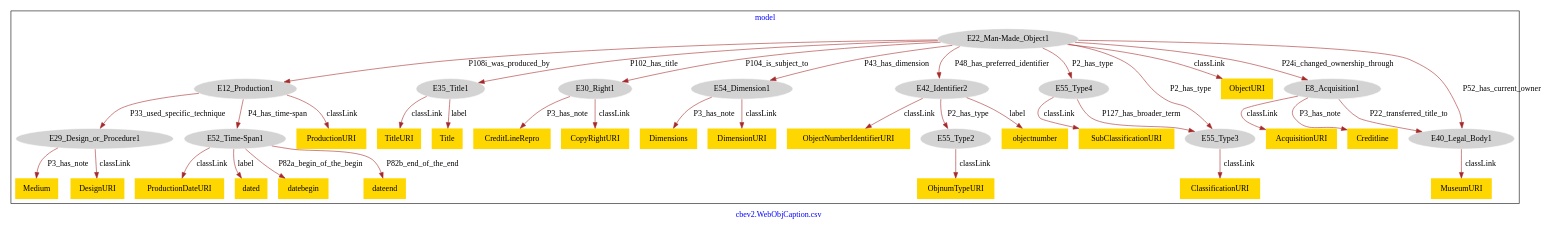
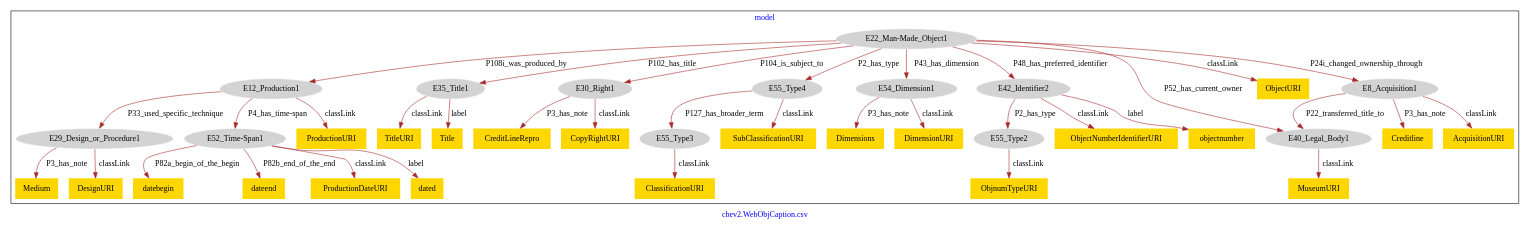
Before and after one commit to usc-isi-i2/saam-lod: the diagram in models-graphviz/cbev2.WebObjCaption.csv.model.dot, drawn with Graphviz. The commit also changed 150 other files, not shown here.

```diff
--- a/models-graphviz/cbev2.WebObjCaption.csv.model.dot
+++ b/models-graphviz/cbev2.WebObjCaption.csv.model.dot
@@ -1,79 +1,78 @@
 digraph n0 {
 fontcolor="blue"
 remincross="true"
 label="cbev2.WebObjCaption.csv"
 subgraph cluster {
 label="model"
 n2[style="filled",color="white",fillcolor="lightgray",label="E12_Production1"];
 n3[style="filled",color="white",fillcolor="lightgray",label="E29_Design_or_Procedure1"];
 n4[style="filled",color="white",fillcolor="lightgray",label="E52_Time-Span1"];
 n5[shape="plaintext",style="filled",fillcolor="gold",label="ProductionURI"];
 n6[style="filled",color="white",fillcolor="lightgray",label="E22_Man-Made_Object1"];
 n7[style="filled",color="white",fillcolor="lightgray",label="E35_Title1"];
 n8[style="filled",color="white",fillcolor="lightgray",label="E30_Right1"];
-n9[style="filled",color="white",fillcolor="lightgray",label="E55_Type3"];
+n9[style="filled",color="white",fillcolor="lightgray",label="E55_Type4"];
 n10[style="filled",color="white",fillcolor="lightgray",label="E54_Dimension1"];
 n11[style="filled",color="white",fillcolor="lightgray",label="E42_Identifier2"];
 n12[style="filled",color="white",fillcolor="lightgray",label="E40_Legal_Body1"];
 n13[shape="plaintext",style="filled",fillcolor="gold",label="ObjectURI"];
 n14[shape="plaintext",style="filled",fillcolor="gold",label="Medium"];
 n15[shape="plaintext",style="filled",fillcolor="gold",label="DesignURI"];
 n16[shape="plaintext",style="filled",fillcolor="gold",label="CreditLineRepro"];
 n17[shape="plaintext",style="filled",fillcolor="gold",label="CopyRightURI"];
 n18[shape="plaintext",style="filled",fillcolor="gold",label="TitleURI"];
 n19[shape="plaintext",style="filled",fillcolor="gold",label="Title"];
 n20[shape="plaintext",style="filled",fillcolor="gold",label="MuseumURI"];
 n21[style="filled",color="white",fillcolor="lightgray",label="E55_Type2"];
 n22[shape="plaintext",style="filled",fillcolor="gold",label="ObjectNumberIdentifierURI"];
 n23[shape="plaintext",style="filled",fillcolor="gold",label="objectnumber"];
 n24[shape="plaintext",style="filled",fillcolor="gold",label="datebegin"];
 n25[shape="plaintext",style="filled",fillcolor="gold",label="dateend"];
 n26[shape="plaintext",style="filled",fillcolor="gold",label="ProductionDateURI"];
 n27[shape="plaintext",style="filled",fillcolor="gold",label="dated"];
 n28[shape="plaintext",style="filled",fillcolor="gold",label="Dimensions"];
 n29[shape="plaintext",style="filled",fillcolor="gold",label="DimensionURI"];
 n30[shape="plaintext",style="filled",fillcolor="gold",label="ObjnumTypeURI"];
-n31[shape="plaintext",style="filled",fillcolor="gold",label="ClassificationURI"];
-n32[style="filled",color="white",fillcolor="lightgray",label="E55_Type4"];
+n31[style="filled",color="white",fillcolor="lightgray",label="E55_Type3"];
+n32[shape="plaintext",style="filled",fillcolor="gold",label="ClassificationURI"];
 n33[shape="plaintext",style="filled",fillcolor="gold",label="SubClassificationURI"];
 n34[style="filled",color="white",fillcolor="lightgray",label="E8_Acquisition1"];
 n35[shape="plaintext",style="filled",fillcolor="gold",label="Creditline"];
 n36[shape="plaintext",style="filled",fillcolor="gold",label="AcquisitionURI"];
 }
 n2 -> n3[color="brown",fontcolor="black",label="P33_used_specific_technique"]
 n2 -> n4[color="brown",fontcolor="black",label="P4_has_time-span"]
 n2 -> n5[color="brown",fontcolor="black",label="classLink"]
 n6 -> n7[color="brown",fontcolor="black",label="P102_has_title"]
 n6 -> n8[color="brown",fontcolor="black",label="P104_is_subject_to"]
 n6 -> n2[color="brown",fontcolor="black",label="P108i_was_produced_by"]
 n6 -> n9[color="brown",fontcolor="black",label="P2_has_type"]
 n6 -> n10[color="brown",fontcolor="black",label="P43_has_dimension"]
 n6 -> n11[color="brown",fontcolor="black",label="P48_has_preferred_identifier"]
 n6 -> n12[color="brown",fontcolor="black",label="P52_has_current_owner"]
 n6 -> n13[color="brown",fontcolor="black",label="classLink"]
 n3 -> n14[color="brown",fontcolor="black",label="P3_has_note"]
 n3 -> n15[color="brown",fontcolor="black",label="classLink"]
 n8 -> n16[color="brown",fontcolor="black",label="P3_has_note"]
 n8 -> n17[color="brown",fontcolor="black",label="classLink"]
 n7 -> n18[color="brown",fontcolor="black",label="classLink"]
 n7 -> n19[color="brown",fontcolor="black",label="label"]
 n12 -> n20[color="brown",fontcolor="black",label="classLink"]
 n11 -> n21[color="brown",fontcolor="black",label="P2_has_type"]
 n11 -> n22[color="brown",fontcolor="black",label="classLink"]
 n11 -> n23[color="brown",fontcolor="black",label="label"]
 n4 -> n24[color="brown",fontcolor="black",label="P82a_begin_of_the_begin"]
 n4 -> n25[color="brown",fontcolor="black",label="P82b_end_of_the_end"]
 n4 -> n26[color="brown",fontcolor="black",label="classLink"]
 n4 -> n27[color="brown",fontcolor="black",label="label"]
 n10 -> n28[color="brown",fontcolor="black",label="P3_has_note"]
 n10 -> n29[color="brown",fontcolor="black",label="classLink"]
 n21 -> n30[color="brown",fontcolor="black",label="classLink"]
-n9 -> n31[color="brown",fontcolor="black",label="classLink"]
-n32 -> n9[color="brown",fontcolor="black",label="P127_has_broader_term"]
-n32 -> n33[color="brown",fontcolor="black",label="classLink"]
+n31 -> n32[color="brown",fontcolor="black",label="classLink"]
+n9 -> n31[color="brown",fontcolor="black",label="P127_has_broader_term"]
+n9 -> n33[color="brown",fontcolor="black",label="classLink"]
 n34 -> n12[color="brown",fontcolor="black",label="P22_transferred_title_to"]
 n34 -> n35[color="brown",fontcolor="black",label="P3_has_note"]
 n34 -> n36[color="brown",fontcolor="black",label="classLink"]
 n6 -> n34[color="brown",fontcolor="black",label="P24i_changed_ownership_through"]
-n6 -> n32[color="brown",fontcolor="black",label="P2_has_type"]
 }
```
